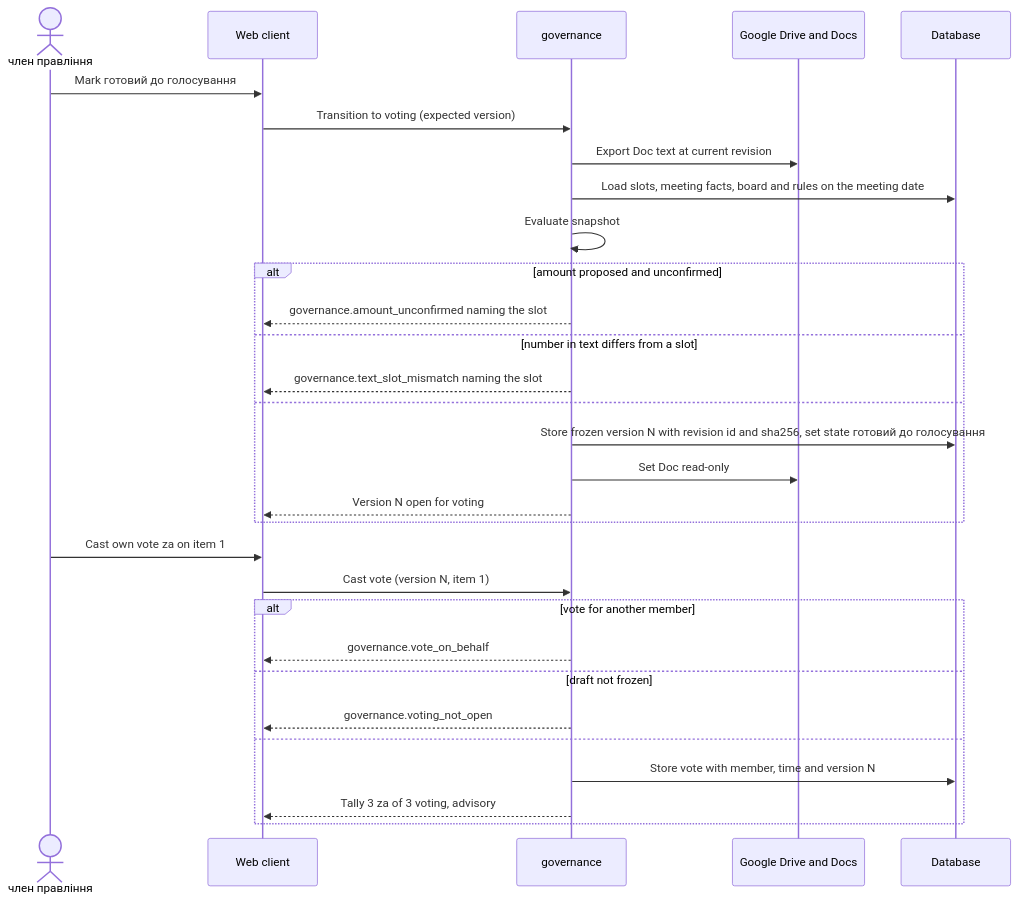
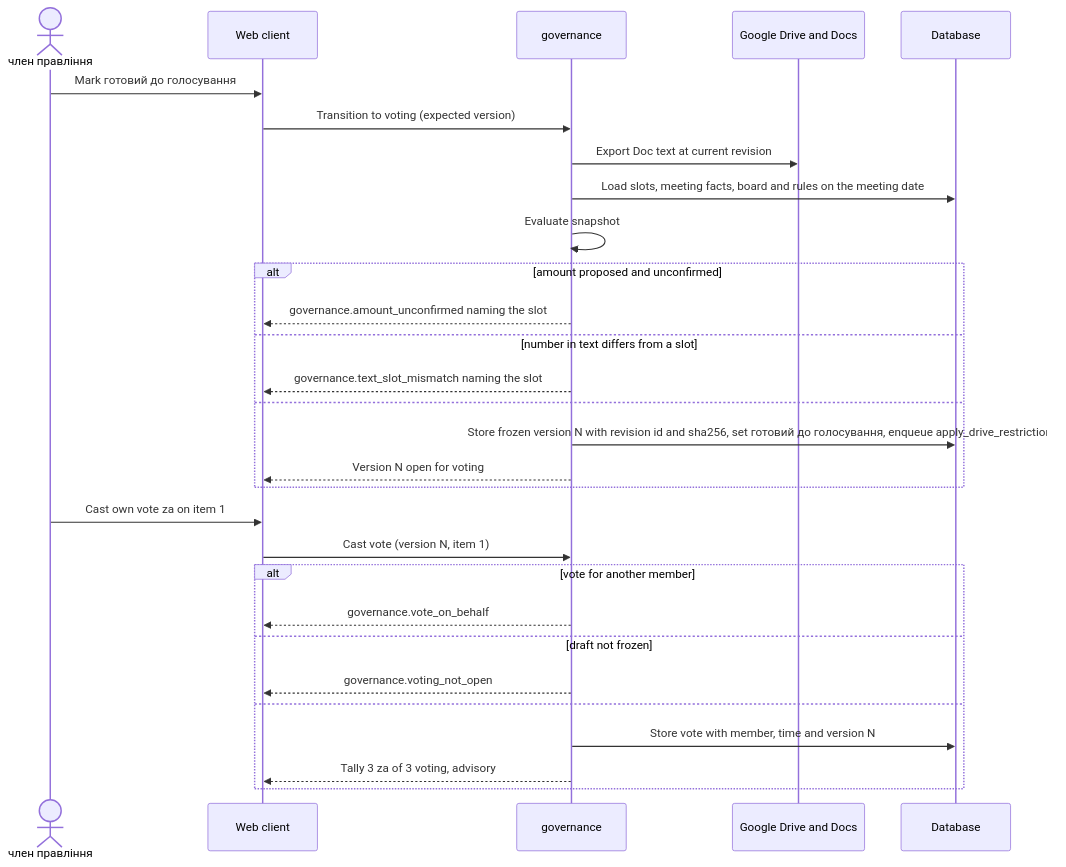
The fourth of 10 diagrams in docs/features/board-protocol/sad.ao-architecture.md (AndriiOpryshko/spilno), drawn with Mermaid before and after one commit. The commit also changed other lines of this file and 3 other files, not shown here.

Commit message:
board-protocol: sad §6 — flows per PRD §10 transition, Google failure flow, Drive restrictions as retried jobs

````diff
--- a/docs/features/board-protocol/sad.ao-architecture.md
+++ b/docs/features/board-protocol/sad.ao-architecture.md
@@ -234,32 +234,31 @@
 ```mermaid
 sequenceDiagram
     actor M as член правління
     participant web as Web client
     participant gov as governance
     participant drive as Google Drive and Docs
     participant db as Database
     M->>web: Mark готовий до голосування
     web->>gov: Transition to voting (expected version)
     gov->>drive: Export Doc text at current revision
     gov->>db: Load slots, meeting facts, board and rules on the meeting date
     gov->>gov: Evaluate snapshot
     alt amount proposed and unconfirmed
         gov-->>web: governance.amount_unconfirmed naming the slot
     else number in text differs from a slot
         gov-->>web: governance.text_slot_mismatch naming the slot
     else
-        gov->>db: Store frozen version N with revision id and sha256, set state готовий до голосування
-        gov->>drive: Set Doc read-only
+        gov->>db: Store frozen version N with revision id and sha256, set готовий до голосування, enqueue apply_drive_restrictions
         gov-->>web: Version N open for voting
     end
     M->>web: Cast own vote za on item 1
     web->>gov: Cast vote (version N, item 1)
     alt vote for another member
         gov-->>web: governance.vote_on_behalf
     else draft not frozen
         gov-->>web: governance.voting_not_open
     else
         gov->>db: Store vote with member, time and version N
         gov-->>web: Tally 3 za of 3 voting, advisory
     end
 ```
````
